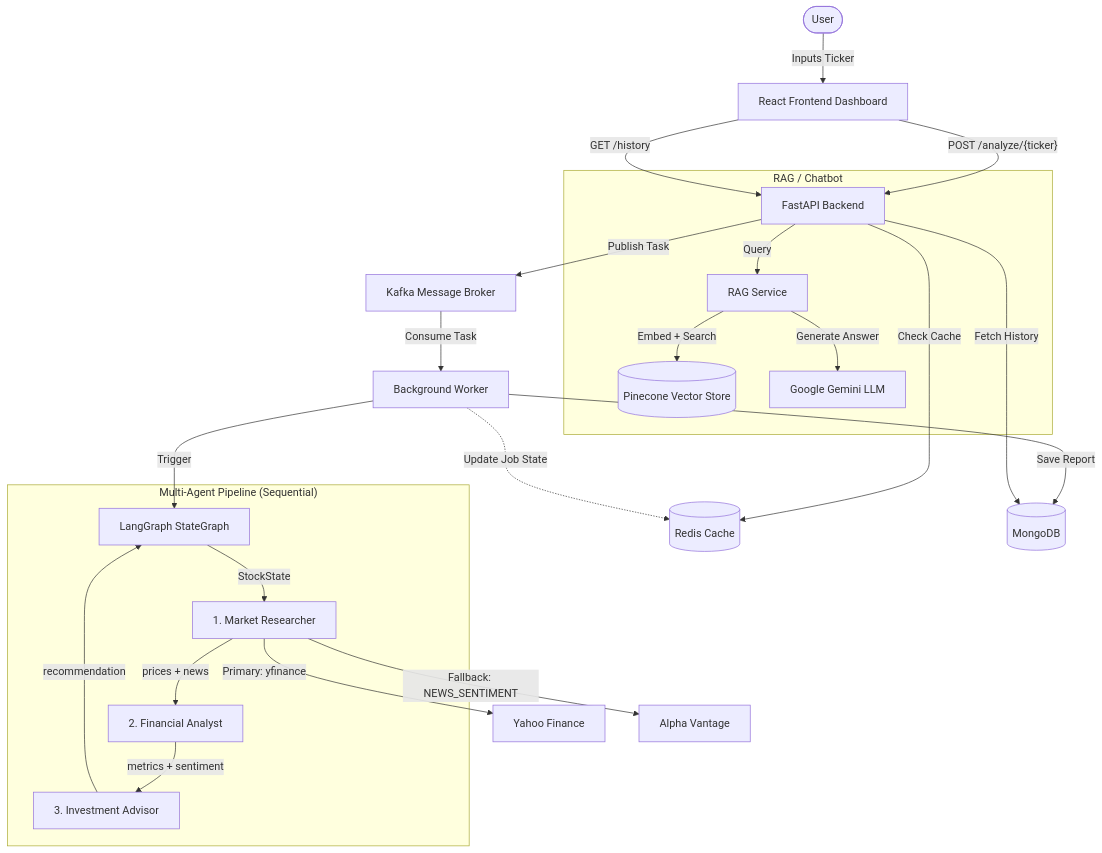
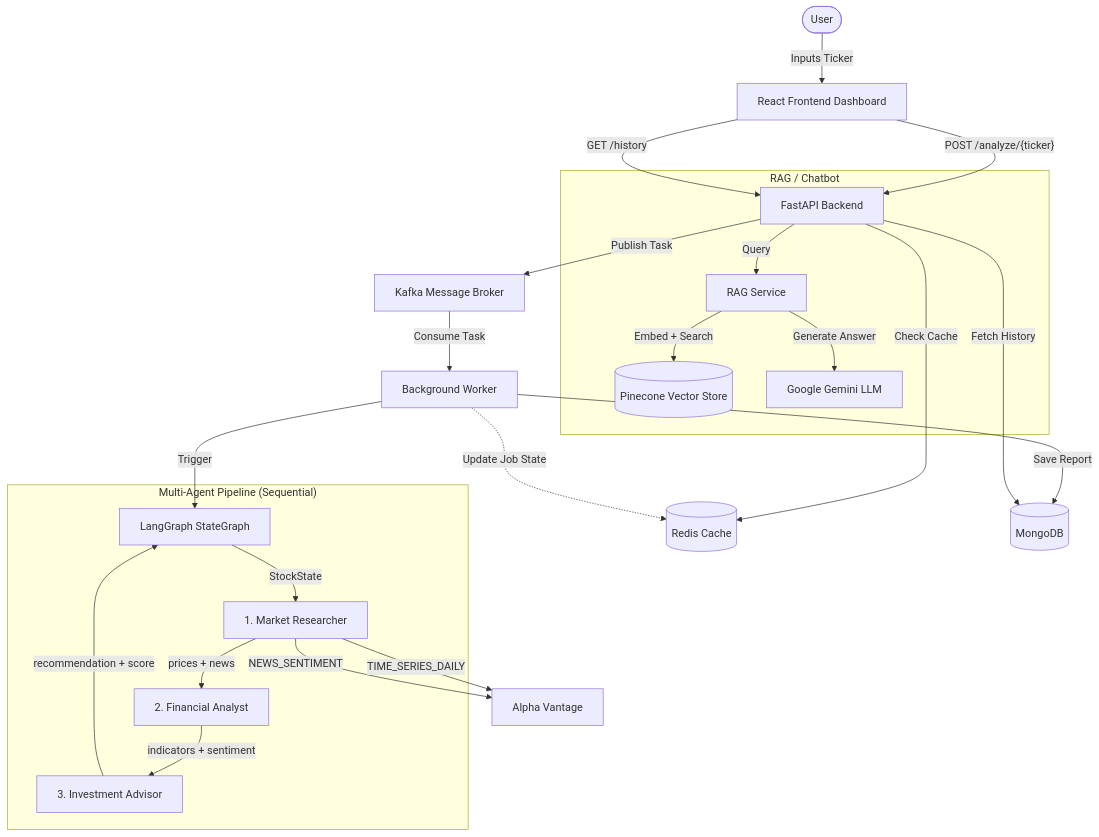
Before and after one commit to tiencuong02/He-thong-Multi-Agent-Phan-tich-va-Khuyen-nghi-Ma-Co-phieu: the diagram in architecture.md, drawn with Mermaid. The commit also changed other lines of this file and 14 other files, not shown here.

````diff
--- a/architecture.md
+++ b/architecture.md
@@ -3,33 +3,33 @@
 ```mermaid
 graph TD
     User([User]) -->|Inputs Ticker| React[React Frontend Dashboard]
 
     React -->|"POST /analyze/{ticker}"| FastAPI[FastAPI Backend]
     React -->|"GET /history"| FastAPI
 
     FastAPI -->|Check Cache| Redis[(Redis Cache)]
     FastAPI -->|Publish Task| Kafka[Kafka Message Broker]
     Kafka -->|Consume Task| Worker[Background Worker]
 
     Worker -.->|Update Job State| Redis
     Worker -->|Trigger| LangGraph["LangGraph StateGraph"]
 
     subgraph pipeline ["Multi-Agent Pipeline (Sequential)"]
         LangGraph -->|StockState| Agent1[1. Market Researcher]
         Agent1 -->|prices + news| Agent2[2. Financial Analyst]
-        Agent2 -->|metrics + sentiment| Agent3[3. Investment Advisor]
-        Agent3 -->|recommendation| LangGraph
+        Agent2 -->|indicators + sentiment| Agent3[3. Investment Advisor]
+        Agent3 -->|recommendation + score| LangGraph
     end
 
-    Agent1 -->|Primary: yfinance| ExtAPI1[Yahoo Finance]
-    Agent1 -->|Fallback: NEWS_SENTIMENT| ExtAPI2[Alpha Vantage]
+    Agent1 -->|TIME_SERIES_DAILY| ExtAPI2[Alpha Vantage]
+    Agent1 -->|NEWS_SENTIMENT| ExtAPI2
 
     Worker -->|Save Report| MongoDB[(MongoDB)]
     FastAPI -->|Fetch History| MongoDB
 
     subgraph rag ["RAG / Chatbot"]
         FastAPI -->|Query| RAGService[RAG Service]
         RAGService -->|Embed + Search| Pinecone[(Pinecone Vector Store)]
         RAGService -->|Generate Answer| Gemini[Google Gemini LLM]
     end
 ```
````
